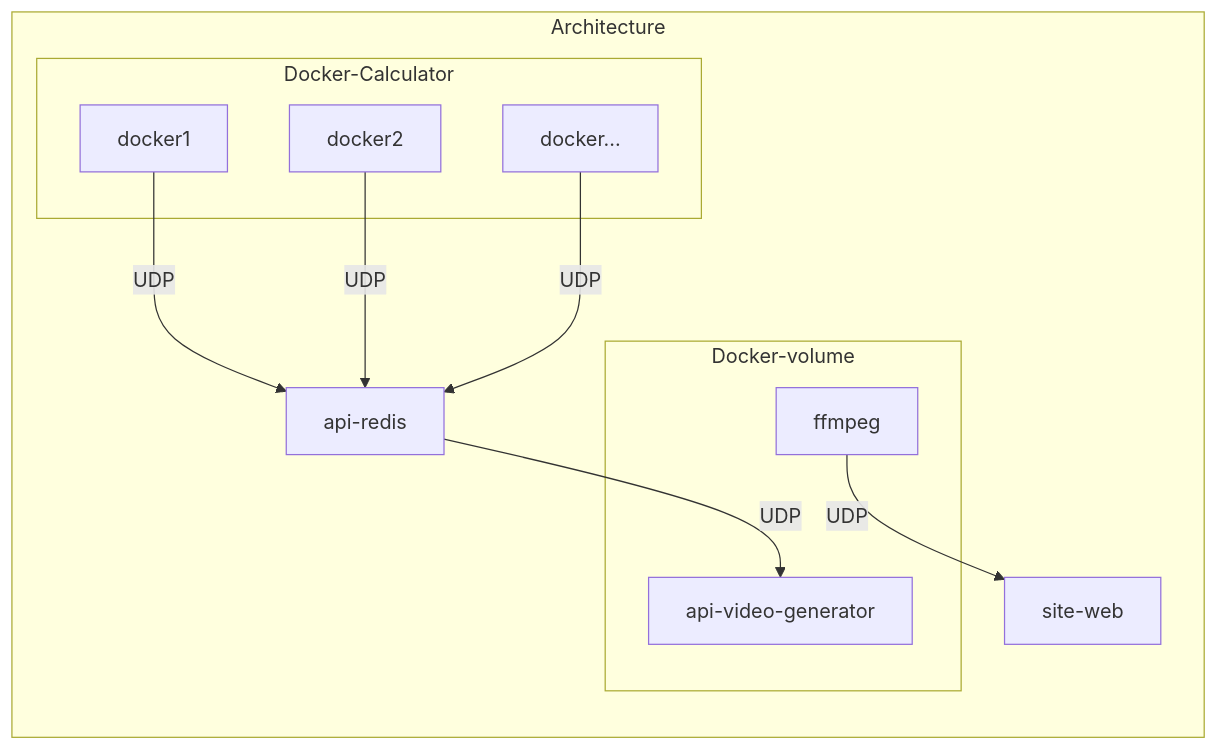
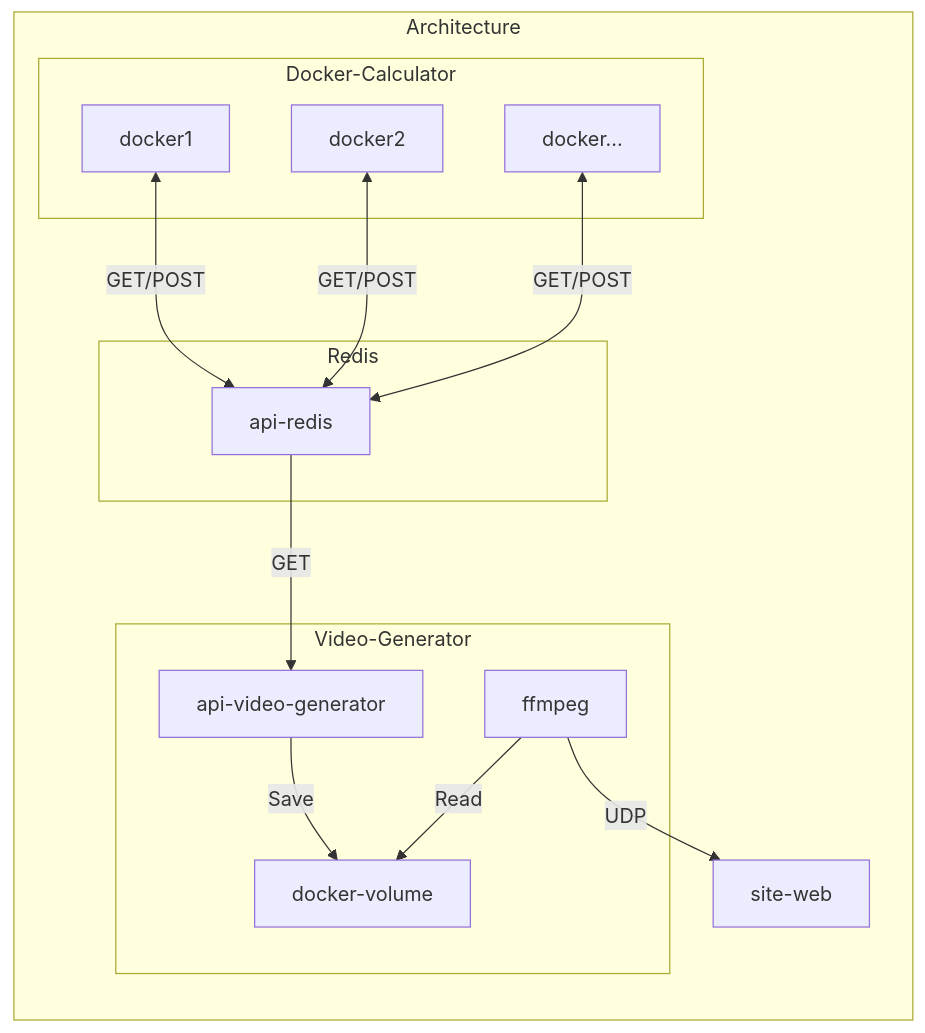
The diagram in README.md (Im-Rises/nbody-simulator-docker), drawn with Mermaid before and after one commit.

````diff
--- a/README.md
+++ b/README.md
@@ -32,15 +32,19 @@
 ```mermaid
 flowchart LR
     subgraph Architecture
         subgraph Docker-Calculator
         docker1 & docker2 & docker...
         end
-        docker1 & docker2 & docker... --> |UDP| api-redis
-        api-redis --> |UDP| api-video-generator
-        subgraph Docker-volume
-        api-video-generator
-        ffmpeg 
+        docker1 & docker2 & docker... <--> |GET/POST| api-redis
+        subgraph Redis
+        api-redis
+        end
+        api-redis --> |GET| api-video-generator
+        subgraph Video-Generator
+        docker-volume
+        api-video-generator --> |Save| docker-volume
+        ffmpeg --> |Read| docker-volume
         end
         ffmpeg --> |UDP| site-web
     end
 ```
````
